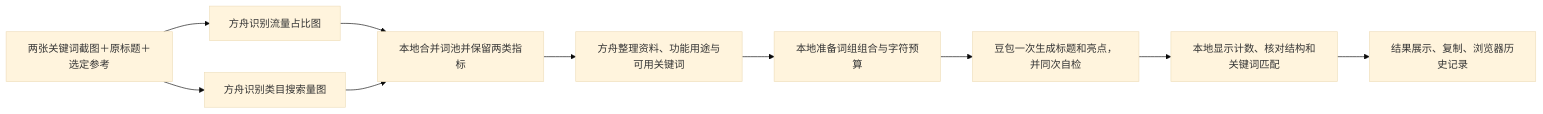
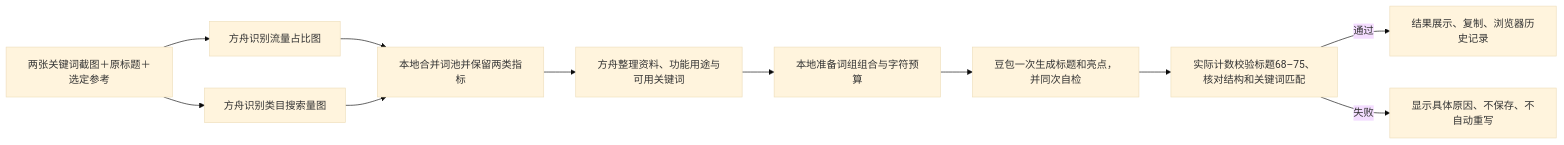
Before and after one commit to cccadyforwork-cloud/title-tool: the diagram in README.md, drawn with Mermaid (base theme). The commit also changed other lines of this file and 7 other files, not shown here.

````diff
--- a/README.md
+++ b/README.md
@@ -119,12 +123,13 @@
 ```mermaid
 flowchart LR
     A[两张关键词截图＋原标题＋选定参考] --> B[方舟识别流量占比图]
     A --> C[方舟识别类目搜索量图]
     B --> D[本地合并词池并保留两类指标]
     C --> D
     D --> E[方舟整理资料、功能用途与可用关键词]
     E --> F[本地准备词组组合与字符预算]
     F --> G[豆包一次生成标题和亮点，并同次自检]
-    G --> H[本地显示计数、核对结构和关键词匹配]
-    H --> I[结果展示、复制、浏览器历史记录]
+    G --> H[实际计数校验标题68–75、核对结构和关键词匹配]
+    H -->|通过| I[结果展示、复制、浏览器历史记录]
+    H -->|失败| J[显示具体原因、不保存、不自动重写]
 ```
````
